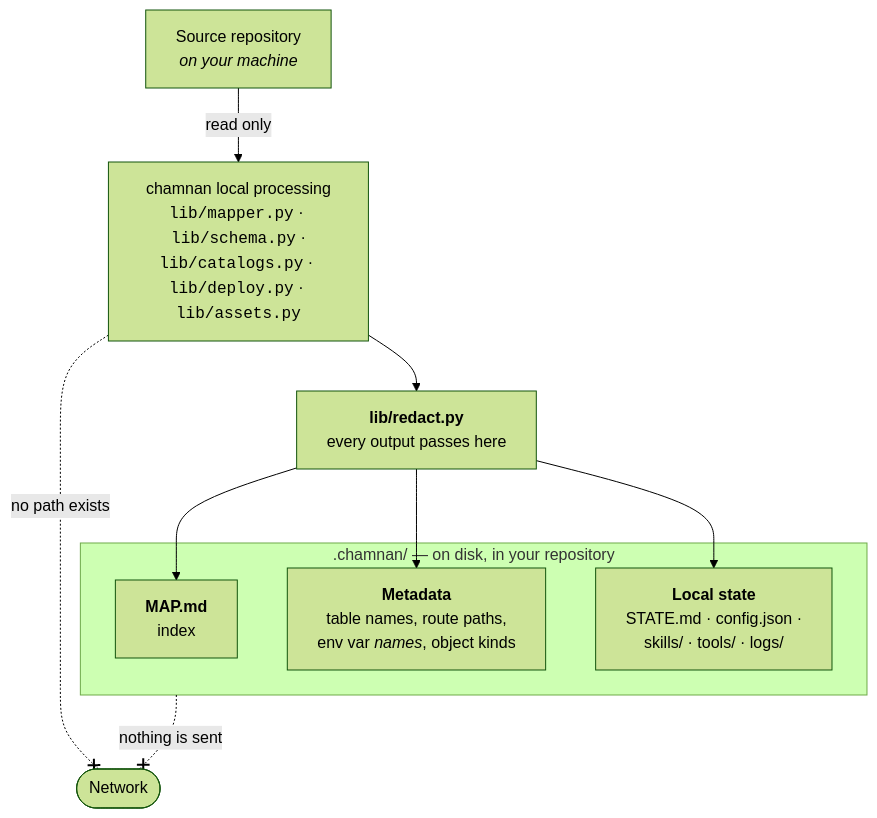
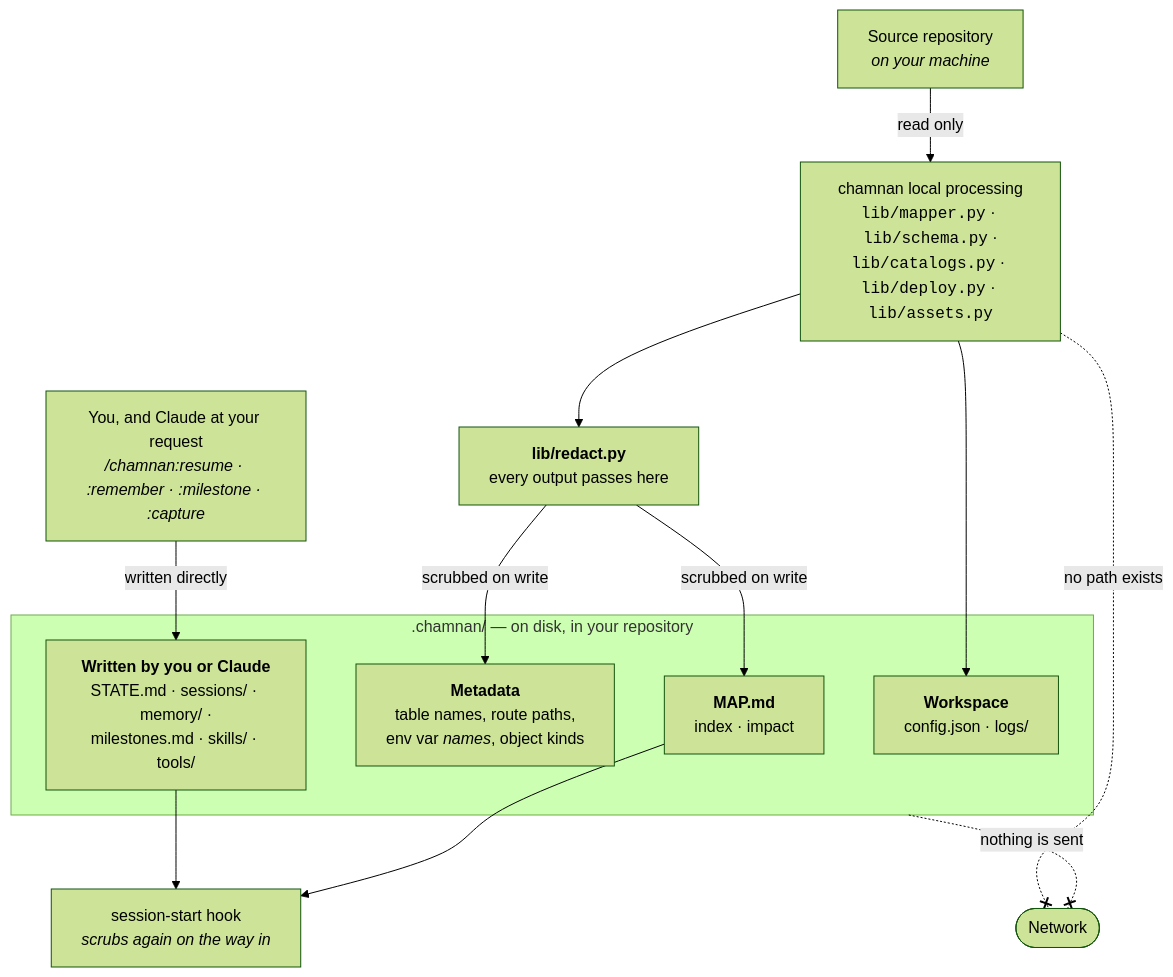
One commit to ArcticFox2029/chamnan changed the diagram in docs/data-flow.md. Above: the diagram before and after it, drawn with Mermaid (forest theme). The commit also changed other lines of this file and 2 other files, not shown here.

First paragraph of the commit message:
docs: align architecture docs with continuity model
Both diagrams predated the 1.3.0 release. data-flow.md named none of the new
stores at all — sessions, memory, milestones and impact each returned zero
occurrences — so this was a gap rather than a tidy-up.

````diff
--- a/docs/data-flow.md
+++ b/docs/data-flow.md
@@ -5,24 +5,31 @@
 ```mermaid
 flowchart TD
     SRC["Source repository<br/><i>on your machine</i>"]
 
     PROC["chamnan local processing<br/><code>lib/mapper.py</code> · <code>lib/schema.py</code> ·<br/><code>lib/catalogs.py</code> · <code>lib/deploy.py</code> · <code>lib/assets.py</code>"]
     RED["<b>lib/redact.py</b><br/>every output passes here"]
 
     subgraph OUT[".chamnan/ — on disk, in your repository"]
-        MAP["<b>MAP.md</b><br/>index"]
+        MAP["<b>MAP.md</b><br/>index · impact"]
         META["<b>Metadata</b><br/>table names, route paths,<br/>env var <i>names</i>, object kinds"]
-        LOCAL["<b>Local state</b><br/>STATE.md · config.json ·<br/>skills/ · tools/ · logs/"]
+        LOCAL["<b>Written by you or Claude</b><br/>STATE.md · sessions/ · memory/ ·<br/>milestones.md · skills/ · tools/"]
+        CFG["<b>Workspace</b><br/>config.json · logs/"]
     end
 
+    YOU["You, and Claude at your request<br/><i>/chamnan:resume · :remember · :milestone · :capture</i>"]
+    HOOK["session-start hook<br/><i>scrubs again on the way in</i>"]
     NET(["Network"])
 
     SRC -- "read only" --> PROC
     PROC --> RED
-    RED --> MAP
-    RED --> META
-    RED --> LOCAL
+    RED -- "scrubbed on write" --> MAP
+    RED -- "scrubbed on write" --> META
+    PROC --> CFG
+
+    YOU -- "written directly" --> LOCAL
+    LOCAL --> HOOK
+    MAP --> HOOK
 
     PROC -. "no path exists" .-x NET
     OUT -. "nothing is sent" .-x NET
 ```
````
